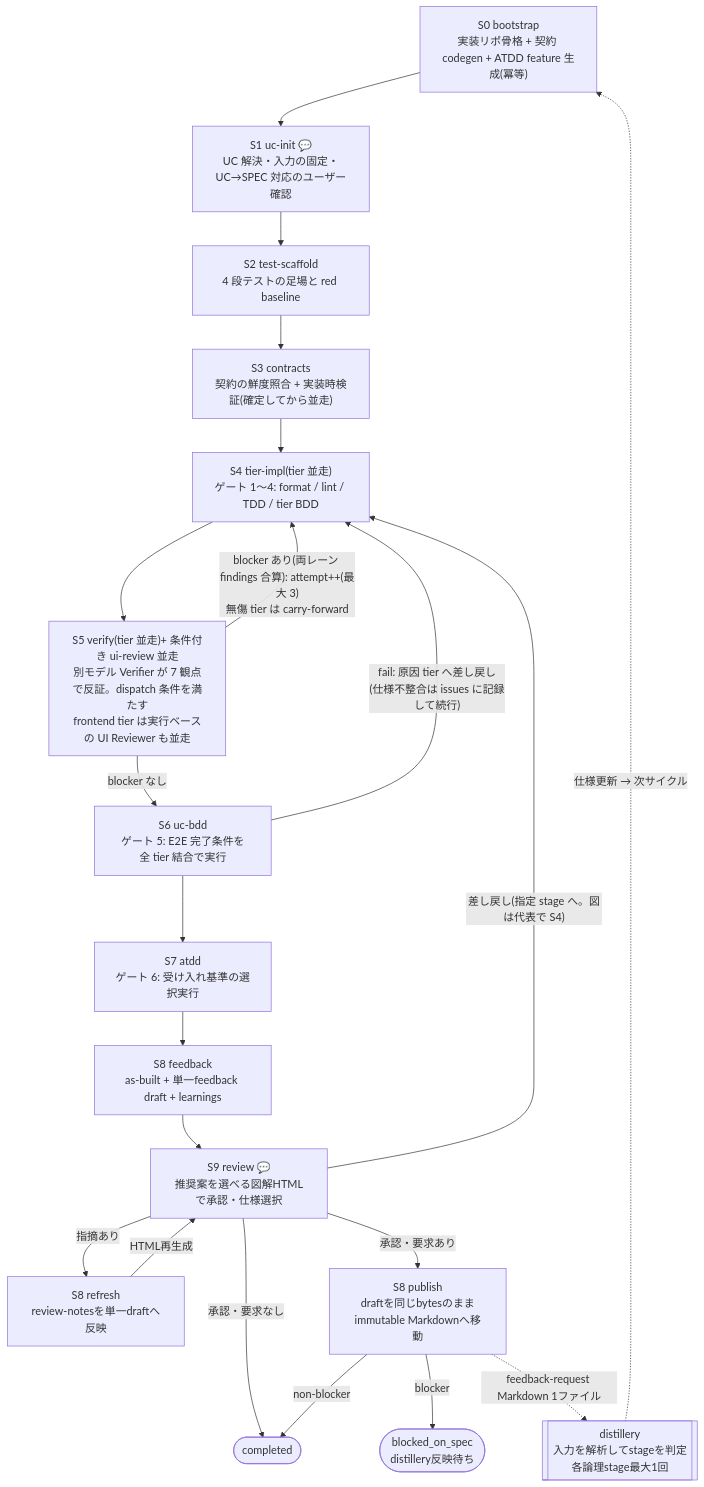
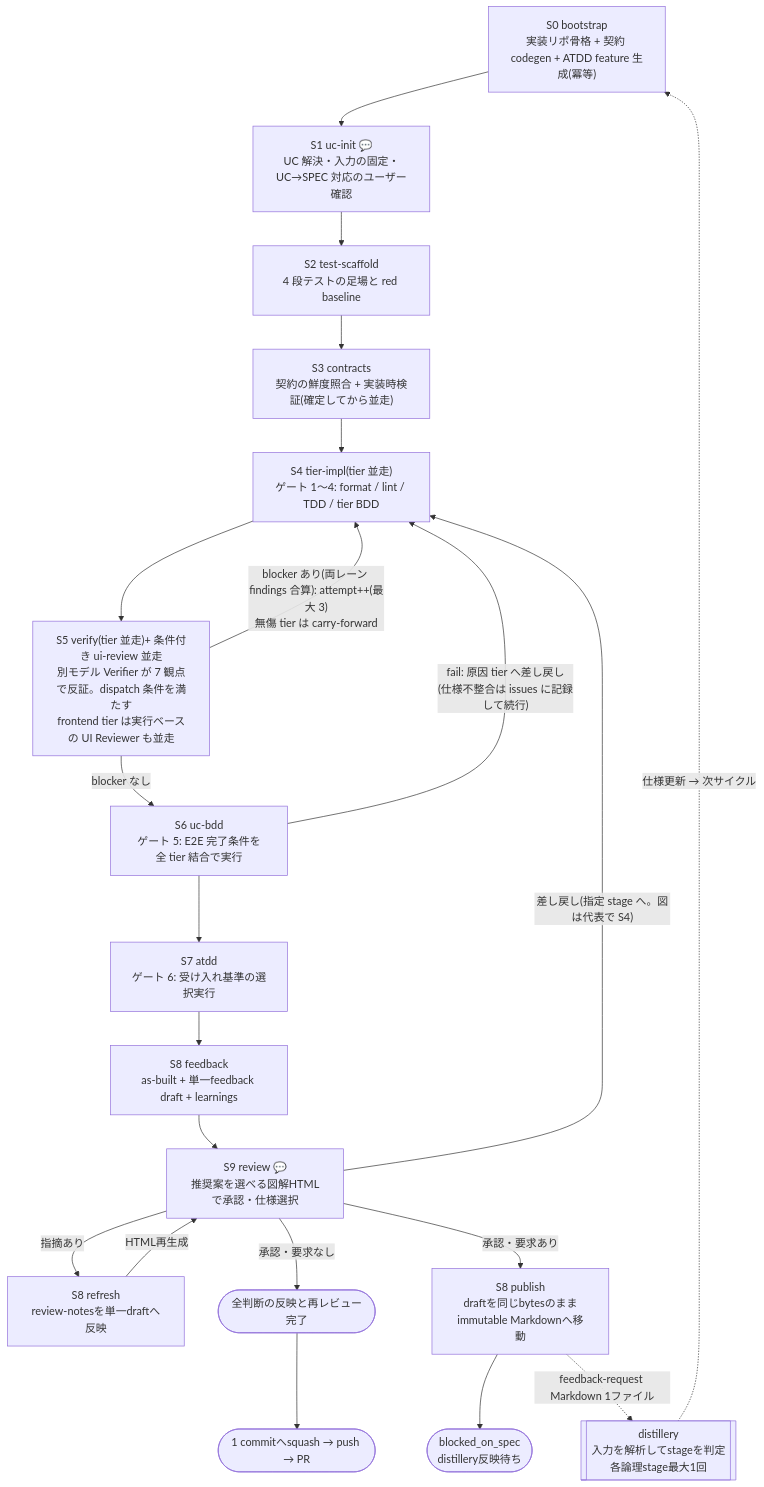
One commit to suwa-sh/suwa-sh-claude-plugins changed the diagram in plugins/distillery-impl/README.md. Above: the diagram before and after it, drawn with Mermaid. The commit also changed other lines of this file and 7 other files, not shown here.

````diff
--- a/plugins/distillery-impl/README.md
+++ b/plugins/distillery-impl/README.md
@@ -35,33 +38,33 @@
 ```mermaid
 flowchart TD
     S0["S0 bootstrap<br/>実装リポ骨格 + 契約 codegen + ATDD feature 生成(冪等)"]
     S1["S1 uc-init 💬<br/>UC 解決・入力の固定・UC→SPEC 対応のユーザー確認"]
     S2["S2 test-scaffold<br/>4 段テストの足場と red baseline"]
     S3["S3 contracts<br/>契約の鮮度照合 + 実装時検証(確定してから並走)"]
     S4["S4 tier-impl(tier 並走)<br/>ゲート 1〜4: format / lint / TDD / tier BDD"]
     S5["S5 verify(tier 並走)+ 条件付き ui-review 並走<br/>別モデル Verifier が 7 観点で反証。dispatch 条件を満たす<br/>frontend tier は実行ベースの UI Reviewer も並走"]
     S6["S6 uc-bdd<br/>ゲート 5: E2E 完了条件を全 tier 結合で実行"]
     S7["S7 atdd<br/>ゲート 6: 受け入れ基準の選択実行"]
     S8["S8 feedback<br/>as-built + 単一feedback draft + learnings"]
     S9["S9 review 💬<br/>推奨案を選べる図解HTMLで承認・仕様選択"]
     REFRESH["S8 refresh<br/>review-notesを単一draftへ反映"]
     PUBLISH["S8 publish<br/>draftを同じbytesのまま<br/>immutable Markdownへ移動"]
-    DONE(["completed"])
+    READY(["全判断の反映と再レビュー完了"])
+    PR(["1 commitへsquash → push → PR"])
     BLOCKED(["blocked_on_spec<br/>distillery反映待ち"])
     DIST[["distillery<br/>入力を解析してstageを判定<br/>各論理stage最大1回"]]
 
     S0 --> S1 --> S2 --> S3 --> S4 --> S5
     S5 -->|"blocker あり(両レーン findings 合算): attempt++(最大 3)<br/>無傷 tier は carry-forward"| S4
     S5 -->|blocker なし| S6
     S6 -->|"fail: 原因 tier へ差し戻し<br/>(仕様不整合は issues に記録して続行)"| S4
     S6 --> S7 --> S8 --> S9
     S9 -->|"差し戻し(指定 stage へ。図は代表で S4)"| S4
-    S9 -->|"承認・要求なし"| DONE
+    S9 -->|"承認・要求なし"| READY --> PR
     S9 -->|"承認・要求あり"| PUBLISH
     S9 -->|"指摘あり"| REFRESH
     REFRESH -->|"HTML再生成"| S9
-    PUBLISH -->|"non-blocker"| DONE
-    PUBLISH -->|"blocker"| BLOCKED
+    PUBLISH --> BLOCKED
     PUBLISH -.->|feedback-request Markdown 1ファイル| DIST
     DIST -.->|仕様更新 → 次サイクル| S0
 ```
````
